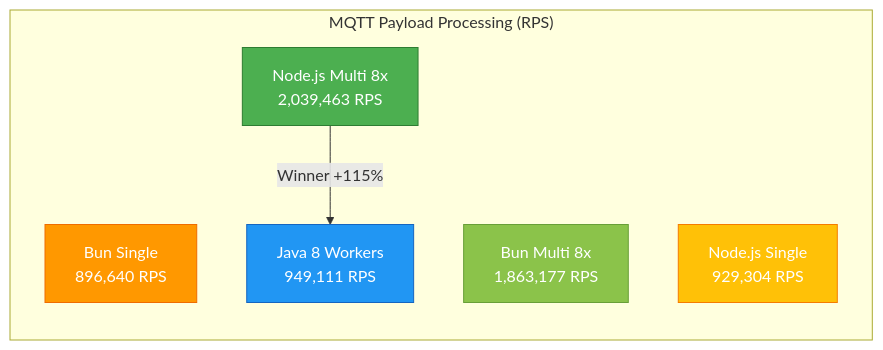
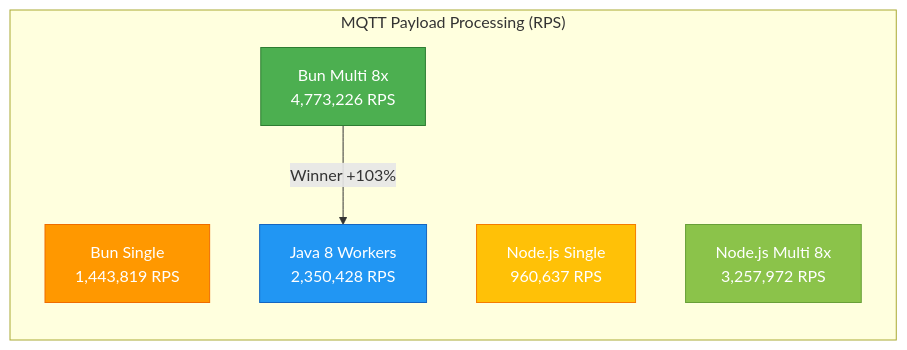
The first of 5 diagrams in readme.md (Frtrillo/benchmark-nodejs-java-process-mqtt-payloads), drawn with Mermaid before and after one commit. The commit also changed other lines of this file, not shown here.

Commit message:
actualizacion bun 1.2

````diff
--- a/readme.md
+++ b/readme.md
@@ -149,18 +149,18 @@
 ```mermaid
 graph LR
     subgraph "MQTT Payload Processing (RPS)"
-        A[Bun Single<br/>896,640 RPS] 
-        B[Bun Multi 8x<br/>1,863,177 RPS]
-        C[Node.js Single<br/>929,304 RPS]
-        D[Node.js Multi 8x<br/>2,039,463 RPS]
-        E[Java 8 Workers<br/>949,111 RPS]
+        A[Bun Single<br/>1,443,819 RPS] 
+        B[Bun Multi 8x<br/>4,773,226 RPS]
+        C[Node.js Single<br/>960,637 RPS]
+        D[Node.js Multi 8x<br/>3,257,972 RPS]
+        E[Java 8 Workers<br/>2,350,428 RPS]
     end
     
-    D --> |Winner +115%| E
+    B --> |Winner +103%| E
     
-    style D fill:#4CAF50,stroke:#2E7D32,color:#fff
-    style B fill:#8BC34A,stroke:#689F38,color:#fff
+    style B fill:#4CAF50,stroke:#2E7D32,color:#fff
+    style D fill:#8BC34A,stroke:#689F38,color:#fff
     style E fill:#2196F3,stroke:#1565C0,color:#fff
     style A fill:#FF9800,stroke:#EF6C00,color:#fff
     style C fill:#FFC107,stroke:#F57C00,color:#fff
 ```
````
